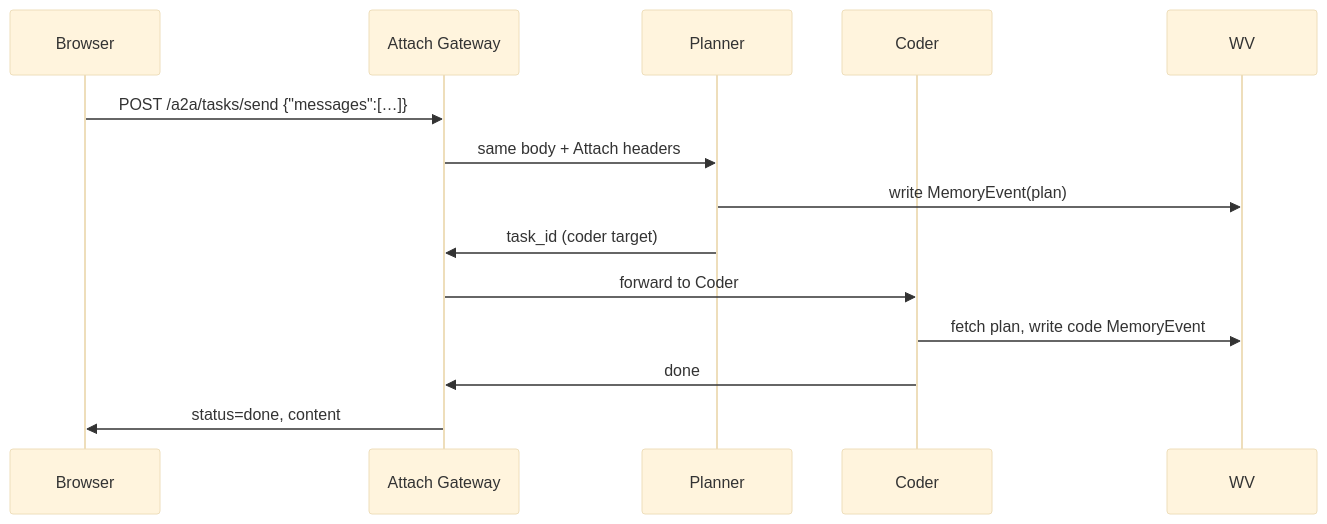
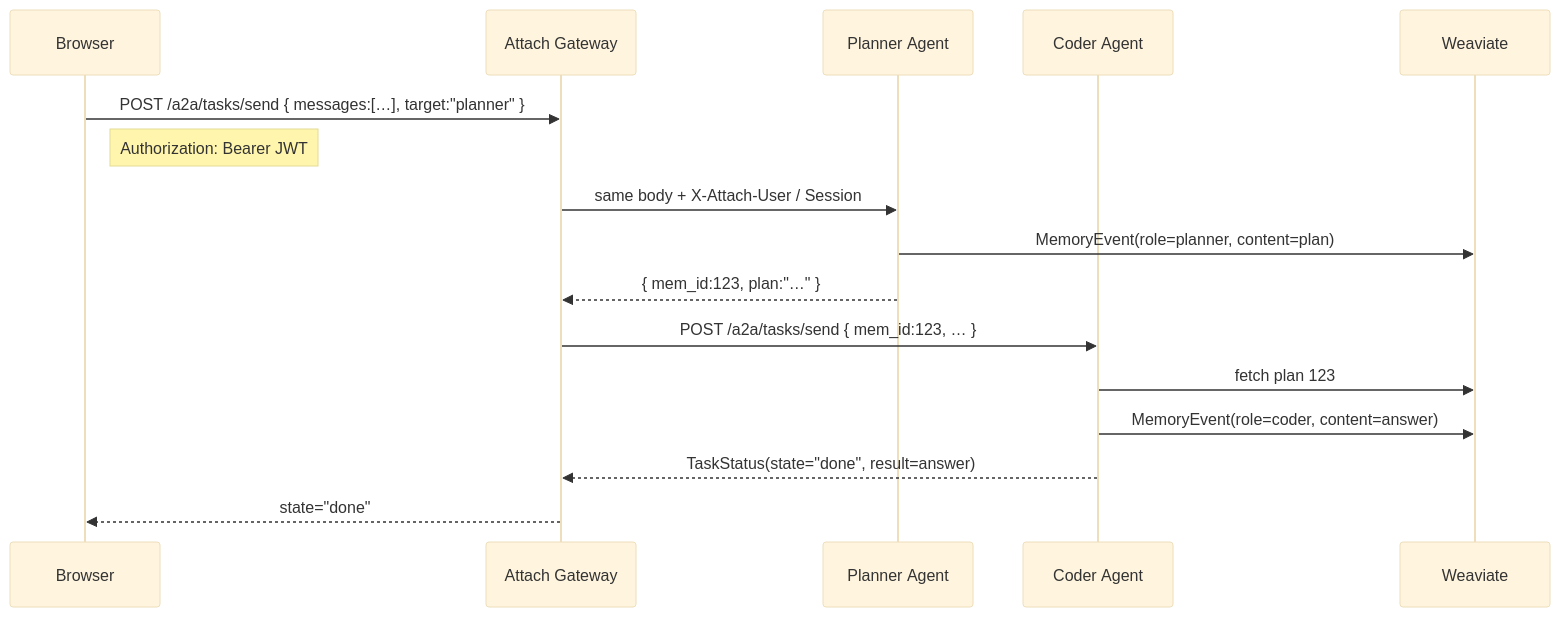
One commit to attach-dev/attach-gateway changed the diagram in docs/agent-handoffs/02-google-a2a.md. Above: the diagram before and after it, drawn with Mermaid (base theme). The commit also changed other lines of this file and 3 other files, not shown here.

````diff
--- a/docs/agent-handoffs/02-google-a2a.md
+++ b/docs/agent-handoffs/02-google-a2a.md
@@ -10,16 +31,19 @@
 ```mermaid
 sequenceDiagram
-  participant UI  as Browser
-  participant GW  as Attach Gateway
-  participant PL  as Planner
-  participant CD  as Coder
+    participant UI   as Browser
+    participant GW   as Attach Gateway
+    participant PL   as Planner Agent
+    participant CD   as Coder Agent
+    participant WV   as Weaviate
 
-  UI ->> GW: POST /a2a/tasks/send {"messages":[…]}
-  GW ->> PL:   same body + Attach headers
-  PL ->> WV:   write MemoryEvent(plan)
-  PL ->> GW:   task_id (coder target)
-  GW ->> CD:   forward to Coder
-  CD ->> WV:   fetch plan, write code MemoryEvent
-  CD ->> GW:   done
-  GW ->> UI:   status=done, content
+    UI ->> GW: POST /a2a/tasks/send { messages:[…], target:"planner" }
+    Note right of UI: Authorization: Bearer JWT
+    GW ->> PL: same body + X‑Attach‑User / Session
+    PL ->> WV: MemoryEvent(role=planner, content=plan)
+    PL -->> GW: { mem_id:123, plan:"…" }
+    GW ->> CD: POST /a2a/tasks/send { mem_id:123, … }
+    CD ->> WV: fetch plan 123
+    CD ->> WV: MemoryEvent(role=coder, content=answer)
+    CD -->> GW: TaskStatus(state="done", result=answer)
+    GW -->> UI: state="done"
 ```
````
